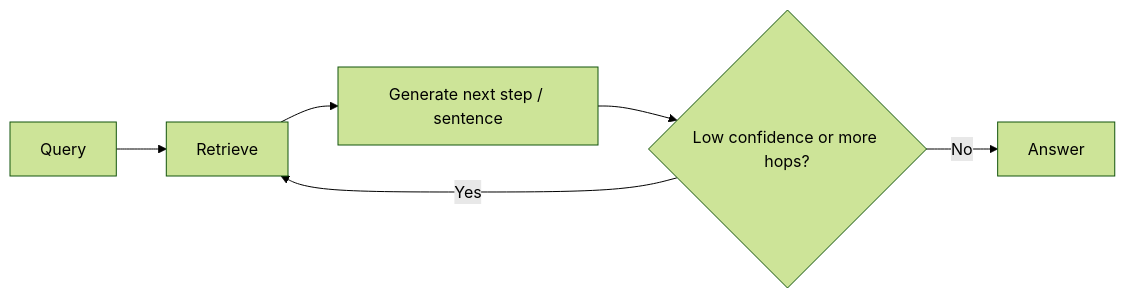
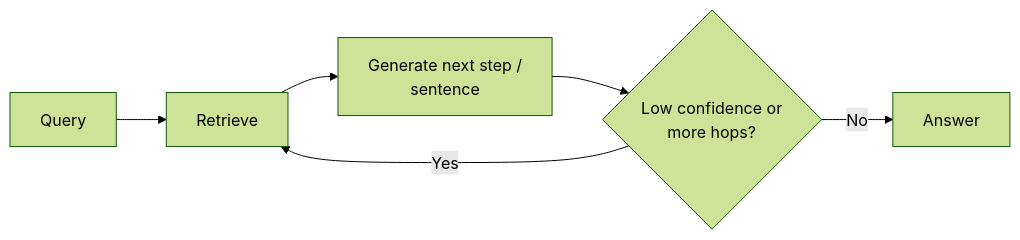
The diagram in 11. Active Iterative RAG/README.md (ajay-nikumbh/RAG-From-Basics-to-Production), drawn with Mermaid (forest theme) before and after one commit. The commit also changed other lines of this file and 38 other files, not shown here.

First line of the commit message:
Group root README by pattern, widen tables, wrap diagram labels

````diff
--- a/11. Active Iterative RAG/README.md
+++ b/11. Active Iterative RAG/README.md
@@ -24,7 +24,7 @@
 ```mermaid
 flowchart LR
-    Q[Query] --> R[Retrieve] --> T[Generate next step / sentence]
-    T --> C{Low confidence or more hops?}
+    Q[Query] --> R[Retrieve] --> T[Generate next step /<br/>sentence]
+    T --> C{Low confidence or<br/>more hops?}
     C -- Yes --> R
     C -- No --> A[Answer]
 ```
````
